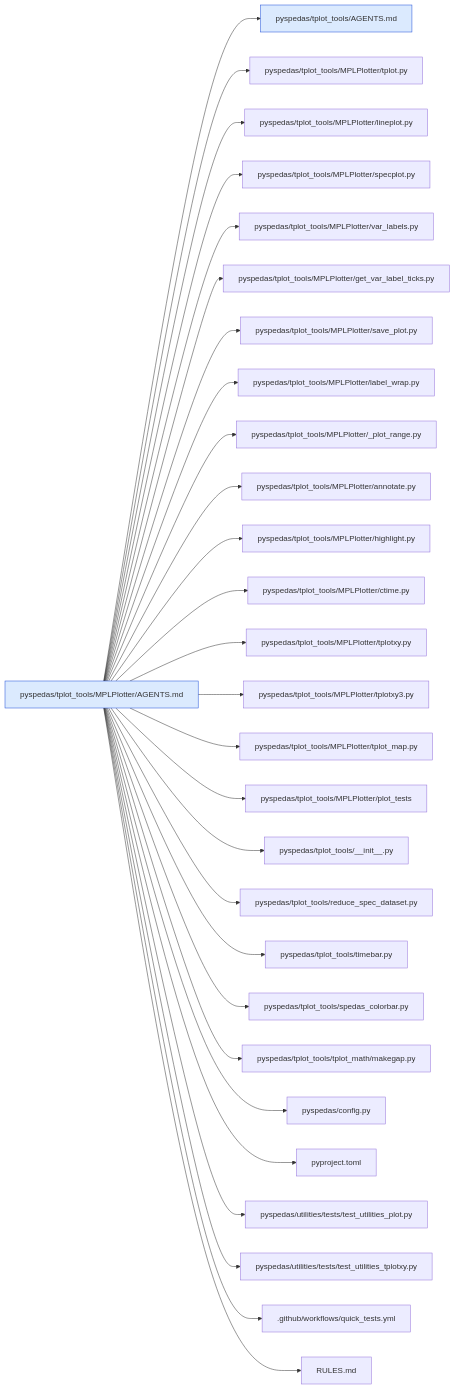
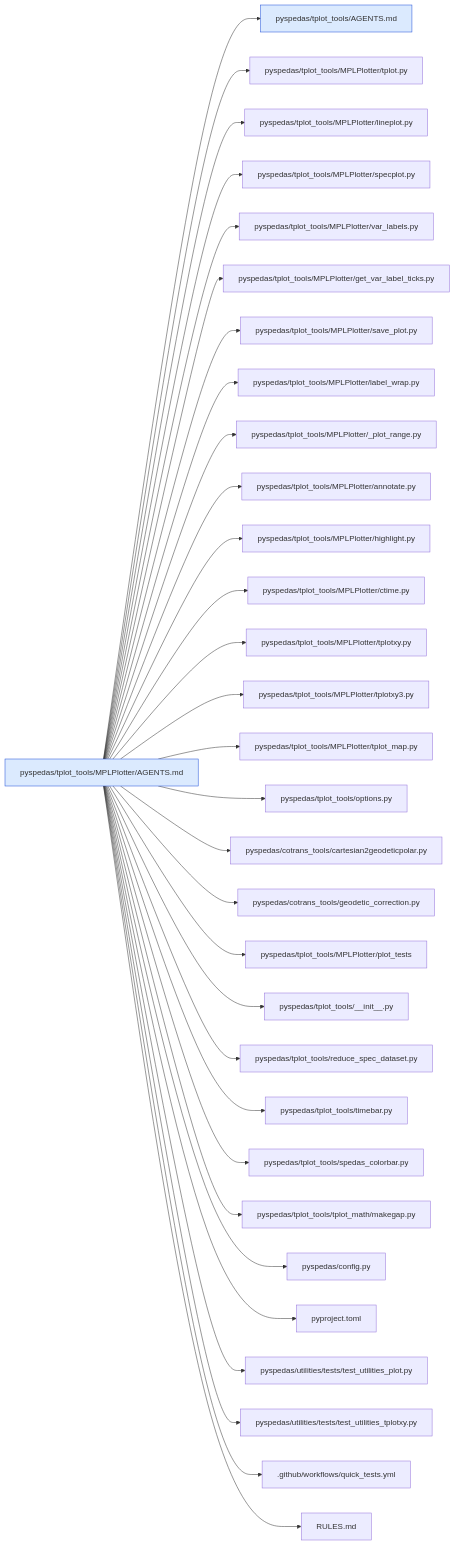
One commit to spedas/pyspedas changed diagram 41 of 44 in .agents/map/MAP.md. Above: the diagram before and after it, drawn with Mermaid. The commit also changed other lines of this file and 27 other files, not shown here.

````diff
--- a/.agents/map/MAP.md
+++ b/.agents/map/MAP.md
@@ -1550,33 +1561,36 @@
 ```mermaid
 graph LR
   classDef agents fill:#dbeafe,stroke:#1d4ed8
   classDef missing fill:#fee2e2,stroke:#b91c1c,stroke-dasharray:4
   self["pyspedas/tplot_tools/MPLPlotter/AGENTS.md"]:::agents
   self --> r0["pyspedas/tplot_tools/AGENTS.md"]:::agents
   self --> r1["pyspedas/tplot_tools/MPLPlotter/tplot.py"]
   self --> r2["pyspedas/tplot_tools/MPLPlotter/lineplot.py"]
   self --> r3["pyspedas/tplot_tools/MPLPlotter/specplot.py"]
   self --> r4["pyspedas/tplot_tools/MPLPlotter/var_labels.py"]
   self --> r5["pyspedas/tplot_tools/MPLPlotter/get_var_label_ticks.py"]
   self --> r6["pyspedas/tplot_tools/MPLPlotter/save_plot.py"]
   self --> r7["pyspedas/tplot_tools/MPLPlotter/label_wrap.py"]
   self --> r8["pyspedas/tplot_tools/MPLPlotter/_plot_range.py"]
   self --> r9["pyspedas/tplot_tools/MPLPlotter/annotate.py"]
   self --> r10["pyspedas/tplot_tools/MPLPlotter/highlight.py"]
   self --> r11["pyspedas/tplot_tools/MPLPlotter/ctime.py"]
   self --> r12["pyspedas/tplot_tools/MPLPlotter/tplotxy.py"]
   self --> r13["pyspedas/tplot_tools/MPLPlotter/tplotxy3.py"]
   self --> r14["pyspedas/tplot_tools/MPLPlotter/tplot_map.py"]
-  self --> r15["pyspedas/tplot_tools/MPLPlotter/plot_tests"]
-  self --> r16["pyspedas/tplot_tools/__init__.py"]
-  self --> r17["pyspedas/tplot_tools/reduce_spec_dataset.py"]
-  self --> r18["pyspedas/tplot_tools/timebar.py"]
-  self --> r19["pyspedas/tplot_tools/spedas_colorbar.py"]
-  self --> r20["pyspedas/tplot_tools/tplot_math/makegap.py"]
-  self --> r21["pyspedas/config.py"]
-  self --> r22["pyproject.toml"]
-  self --> r23["pyspedas/utilities/tests/test_utilities_plot.py"]
-  self --> r24["pyspedas/utilities/tests/test_utilities_tplotxy.py"]
-  self --> r25[".github/workflows/quick_tests.yml"]
-  self --> r26["RULES.md"]
+  self --> r15["pyspedas/tplot_tools/options.py"]
+  self --> r16["pyspedas/cotrans_tools/cartesian2geodeticpolar.py"]
+  self --> r17["pyspedas/cotrans_tools/geodetic_correction.py"]
+  self --> r18["pyspedas/tplot_tools/MPLPlotter/plot_tests"]
+  self --> r19["pyspedas/tplot_tools/__init__.py"]
+  self --> r20["pyspedas/tplot_tools/reduce_spec_dataset.py"]
+  self --> r21["pyspedas/tplot_tools/timebar.py"]
+  self --> r22["pyspedas/tplot_tools/spedas_colorbar.py"]
+  self --> r23["pyspedas/tplot_tools/tplot_math/makegap.py"]
+  self --> r24["pyspedas/config.py"]
+  self --> r25["pyproject.toml"]
+  self --> r26["pyspedas/utilities/tests/test_utilities_plot.py"]
+  self --> r27["pyspedas/utilities/tests/test_utilities_tplotxy.py"]
+  self --> r28[".github/workflows/quick_tests.yml"]
+  self --> r29["RULES.md"]
 ```
````
